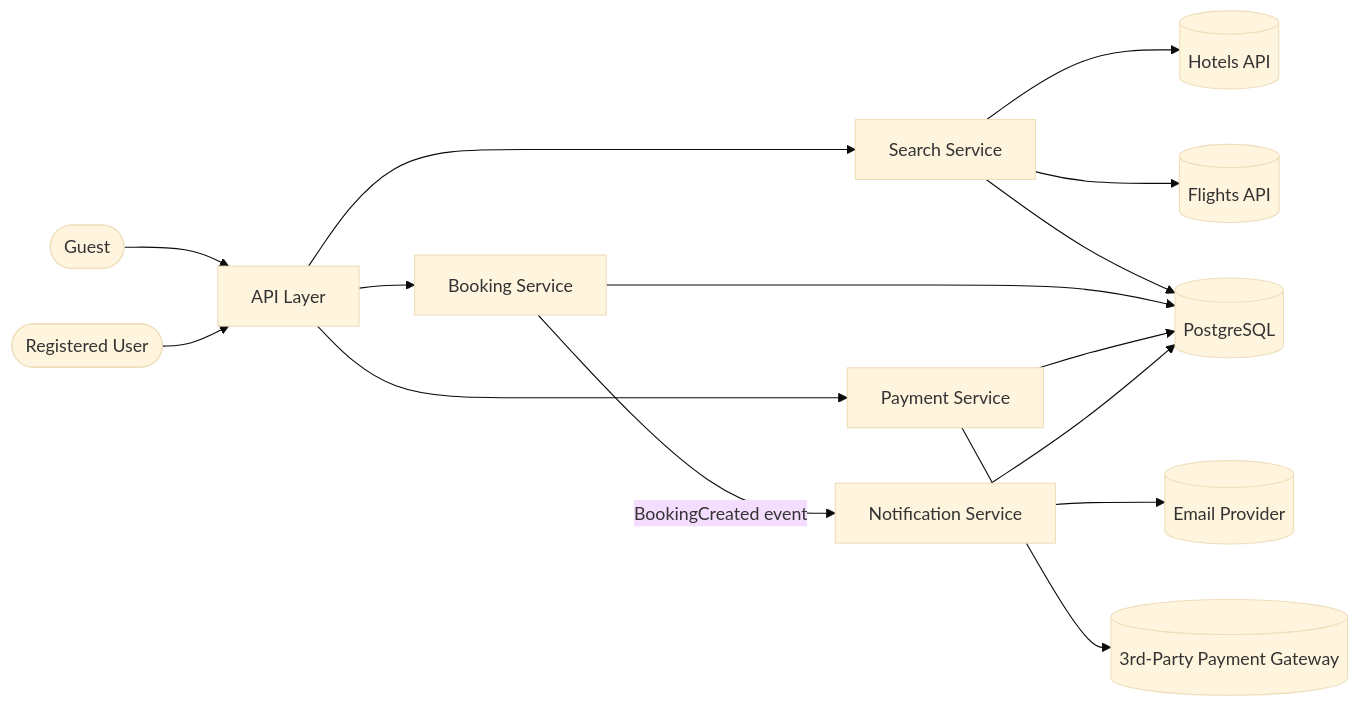
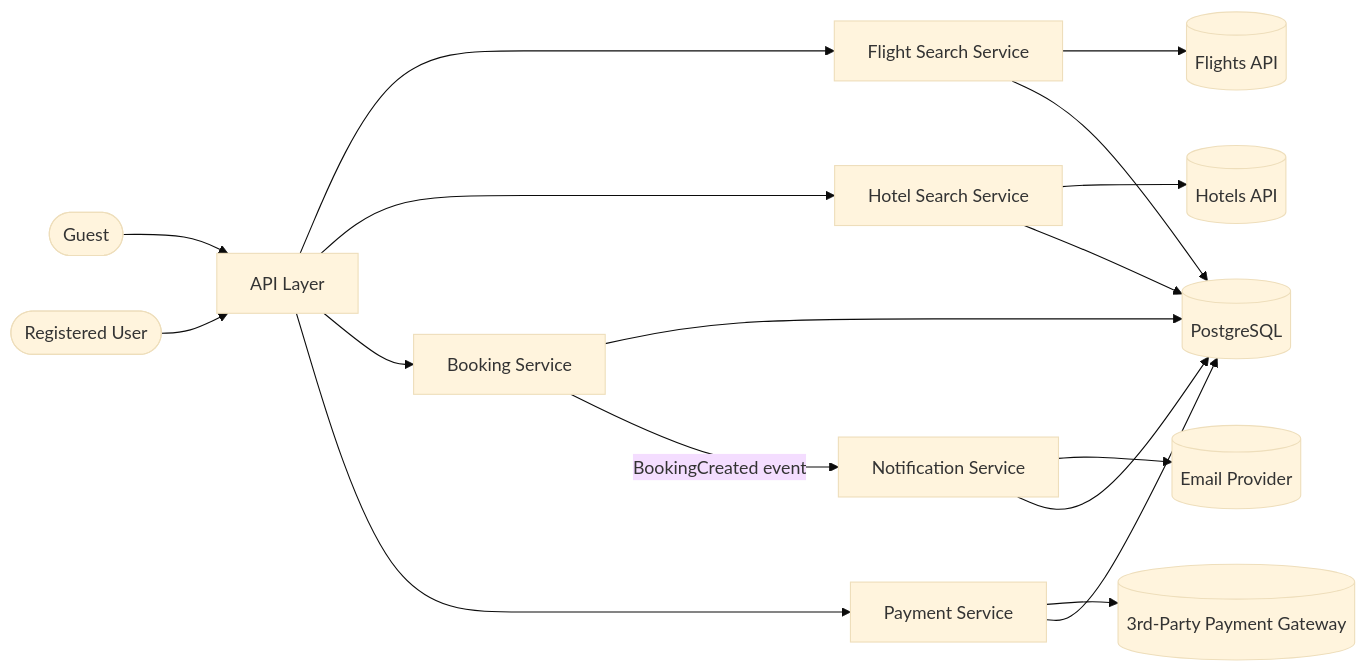
The diagram in README.md (Backend-Mentor-ORG/booking), drawn with Mermaid (base theme) before and after one commit. The commit also changed other lines of this file and 1 other file, not shown here.

Commit message:
Split Search Service into Flight Search Service and Hotel Search Service
Single Responsibility, load isolation, and cost efficiency rationale
from session 21 material. Also clarified caching status (already
designed in caching-design.md) and flagged the pending External API
Layer/Adapter decision for a later update.

````diff
--- a/README.md
+++ b/README.md
@@ -80,25 +82,28 @@
 ```mermaid
 flowchart LR
   Guest([Guest])
   User([Registered User])
 
   Guest --> API[API Layer]
   User --> API
 
-  API --> SearchSvc[Search Service]
+  API --> FlightSearchSvc[Flight Search Service]
+  API --> HotelSearchSvc[Hotel Search Service]
   API --> BookingSvc[Booking Service]
   API --> PaymentSvc[Payment Service]
 
-  SearchSvc --> HotelsAPI[(Hotels API)]
-  SearchSvc --> FlightsAPI[(Flights API)]
-  SearchSvc --> DB[(PostgreSQL)]
+  FlightSearchSvc --> FlightsAPI[(Flights API)]
+  FlightSearchSvc --> DB[(PostgreSQL)]
+
+  HotelSearchSvc --> HotelsAPI[(Hotels API)]
+  HotelSearchSvc --> DB
 
   BookingSvc --> DB
   BookingSvc -- BookingCreated event --> NotifSvc[Notification Service]
 
   PaymentSvc --> Gateway[(3rd-Party Payment Gateway)]
   PaymentSvc --> DB
 
   NotifSvc --> EmailProvider[(Email Provider)]
   NotifSvc --> DB
 ```
````
